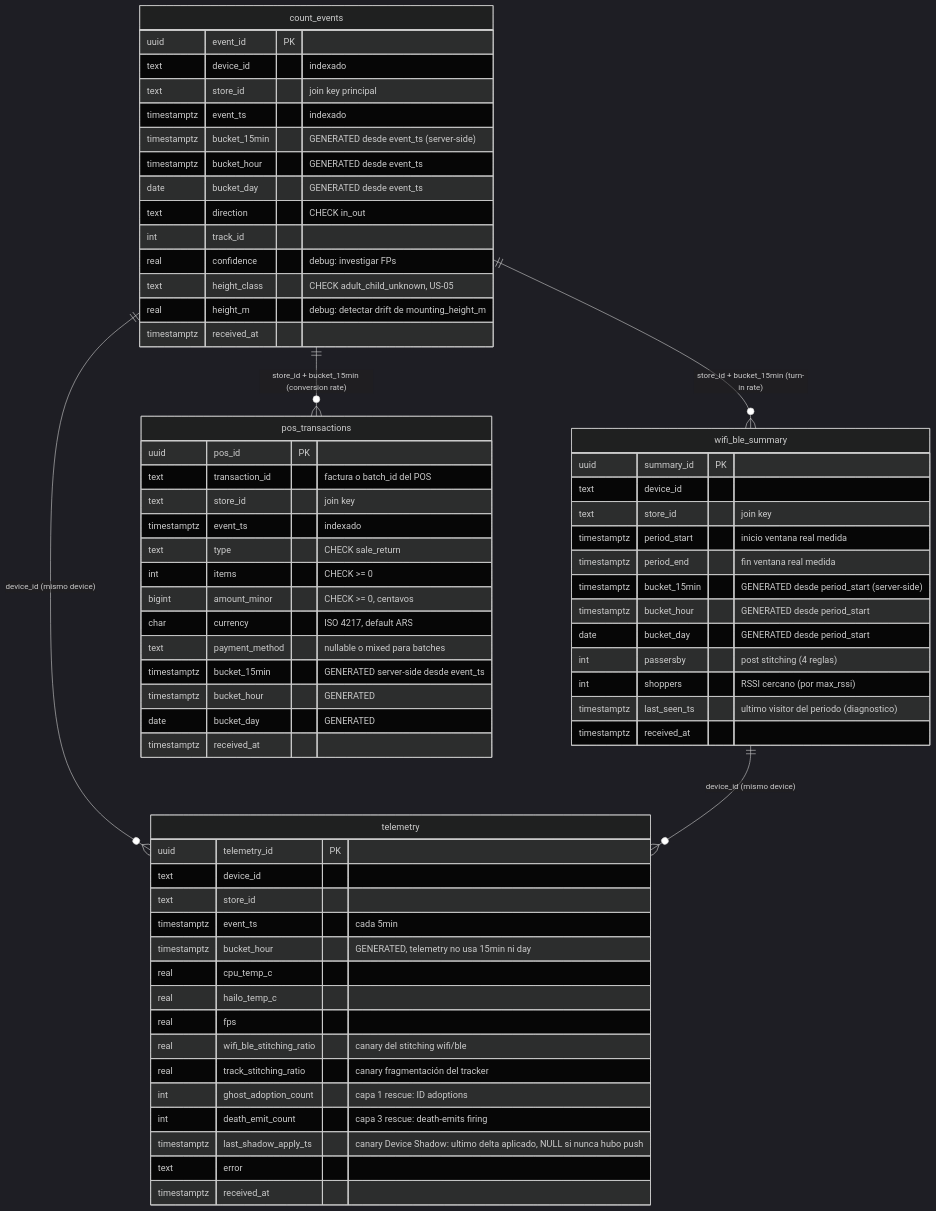
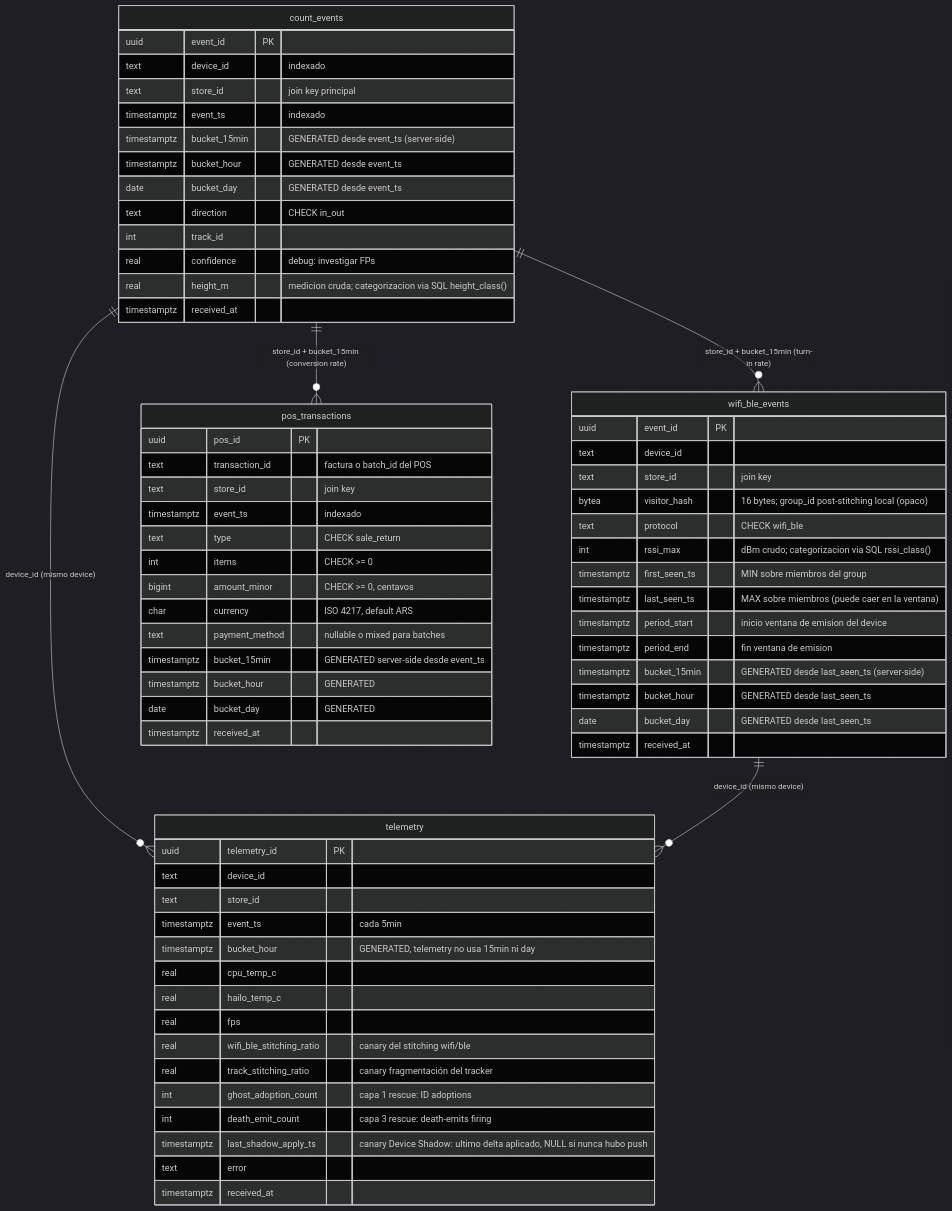
Before and after one commit to maurogasparri/people-counter: the first of 2 diagrams in docs/database_schema.md, drawn with Mermaid (dark theme). The commit also changed other lines of this file and 6 other files, not shown here.

````diff
--- a/docs/database_schema.md
+++ b/docs/database_schema.md
@@ -22,72 +32,73 @@
 ```mermaid
 erDiagram
     count_events {
         uuid        event_id        PK
         text        device_id       "indexado"
         text        store_id        "join key principal"
         timestamptz event_ts        "indexado"
         timestamptz bucket_15min    "GENERATED desde event_ts (server-side)"
         timestamptz bucket_hour     "GENERATED desde event_ts"
         date        bucket_day      "GENERATED desde event_ts"
         text        direction       "CHECK in_out"
         int         track_id
         real        confidence      "debug: investigar FPs"
-        text        height_class    "CHECK adult_child_unknown, US-05"
-        real        height_m        "debug: detectar drift de mounting_height_m"
+        real        height_m        "medicion cruda; categorizacion via SQL height_class()"
         timestamptz received_at
     }
 
-    wifi_ble_summary {
-        uuid        summary_id      PK
+    wifi_ble_events {
+        uuid        event_id        PK
         text        device_id
         text        store_id        "join key"
-        timestamptz period_start    "inicio ventana real medida"
-        timestamptz period_end      "fin ventana real medida"
-        timestamptz bucket_15min    "GENERATED desde period_start (server-side)"
-        timestamptz bucket_hour     "GENERATED desde period_start"
-        date        bucket_day      "GENERATED desde period_start"
-        int         passersby       "post stitching (4 reglas)"
-        int         shoppers        "RSSI cercano (por max_rssi)"
-        timestamptz last_seen_ts    "ultimo visitor del periodo (diagnostico)"
+        bytea       visitor_hash    "16 bytes; group_id post-stitching local (opaco)"
+        text        protocol        "CHECK wifi_ble"
+        int         rssi_max        "dBm crudo; categorizacion via SQL rssi_class()"
+        timestamptz first_seen_ts   "MIN sobre miembros del group"
+        timestamptz last_seen_ts    "MAX sobre miembros (puede caer en la ventana)"
+        timestamptz period_start    "inicio ventana de emision del device"
+        timestamptz period_end      "fin ventana de emision"
+        timestamptz bucket_15min    "GENERATED desde last_seen_ts (server-side)"
+        timestamptz bucket_hour     "GENERATED desde last_seen_ts"
+        date        bucket_day      "GENERATED desde last_seen_ts"
         timestamptz received_at
     }
 
     telemetry {
         uuid        telemetry_id    PK
         text        device_id
         text        store_id
         timestamptz event_ts        "cada 5min"
         timestamptz bucket_hour     "GENERATED, telemetry no usa 15min ni day"
         real        cpu_temp_c
         real        hailo_temp_c
         real        fps
         real        wifi_ble_stitching_ratio "canary del stitching wifi/ble"
         real        track_stitching_ratio    "canary fragmentación del tracker"
         int         ghost_adoption_count     "capa 1 rescue: ID adoptions"
         int         death_emit_count         "capa 3 rescue: death-emits firing"
         timestamptz last_shadow_apply_ts     "canary Device Shadow: ultimo delta aplicado, NULL si nunca hubo push"
         text        error
         timestamptz received_at
     }
 
     pos_transactions {
         uuid        pos_id          PK
         text        transaction_id  "factura o batch_id del POS"
         text        store_id        "join key"
         timestamptz event_ts        "indexado"
         text        type            "CHECK sale_return"
         int         items           "CHECK >= 0"
         bigint      amount_minor    "CHECK >= 0, centavos"
         char        currency        "ISO 4217, default ARS"
         text        payment_method  "nullable o mixed para batches"
         timestamptz bucket_15min    "GENERATED server-side desde event_ts"
         timestamptz bucket_hour     "GENERATED"
         date        bucket_day      "GENERATED"
         timestamptz received_at
     }
 
-    count_events     ||--o{ wifi_ble_summary  : "store_id + bucket_15min (turn-in rate)"
+    count_events     ||--o{ wifi_ble_events   : "store_id + bucket_15min (turn-in rate)"
     count_events     ||--o{ pos_transactions  : "store_id + bucket_15min (conversion rate)"
     count_events     ||--o{ telemetry         : "device_id (mismo device)"
-    wifi_ble_summary ||--o{ telemetry         : "device_id (mismo device)"
+    wifi_ble_events  ||--o{ telemetry         : "device_id (mismo device)"
 ```
````
